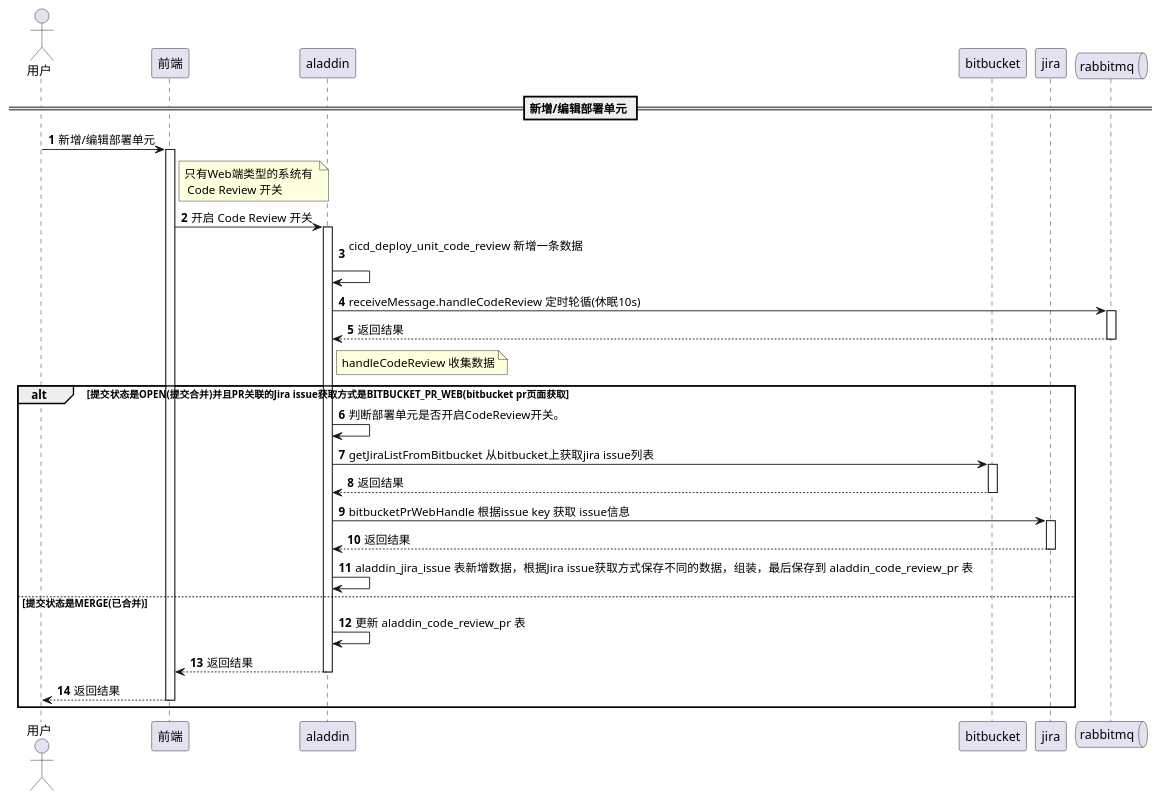
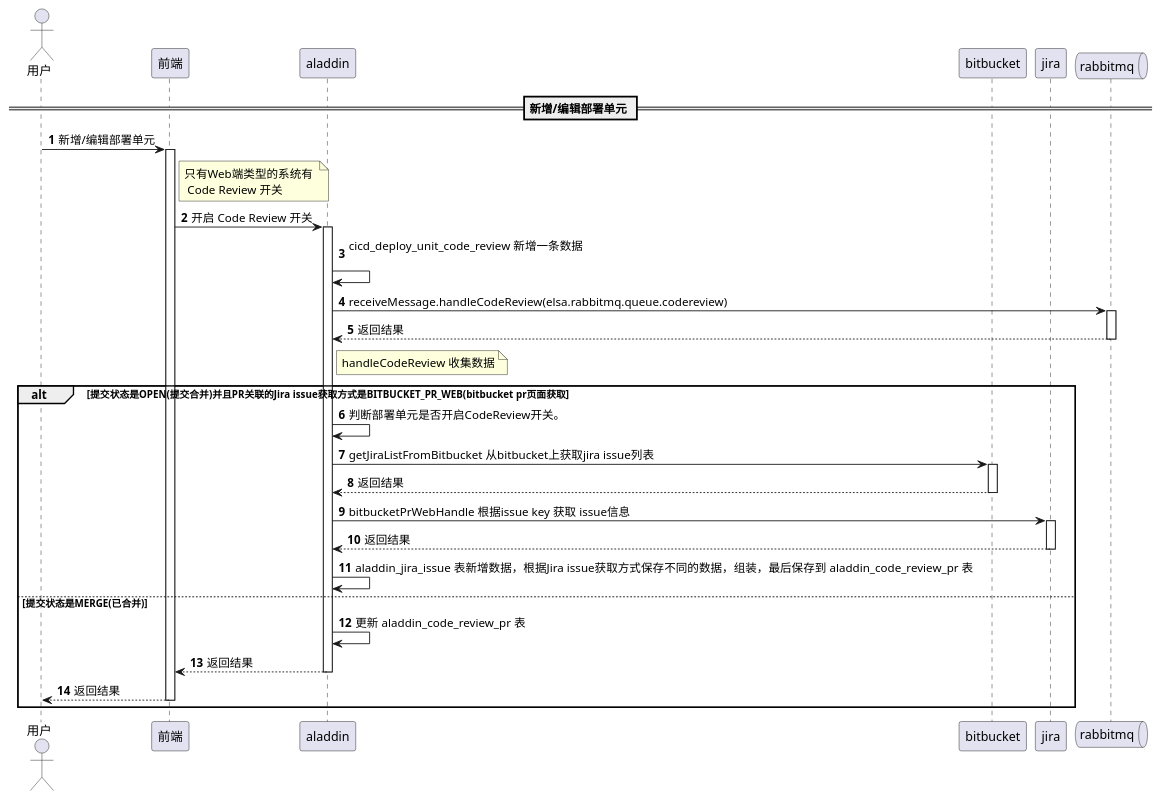
Before and after one commit to zhm-sky/zhmProject: the diagram in src/main/java/com/zhm/plantuml/pr.puml, drawn with PlantUML.

```diff
--- a/src/main/java/com/zhm/plantuml/pr.puml
+++ b/src/main/java/com/zhm/plantuml/pr.puml
@@ -1,67 +1,67 @@
 @startuml
 
 autonumber
 
 actor "用户" as user
 
 participant "前端" as aladdinFront
 
 participant "aladdin" as aladdinServer
 
 participant "bitbucket" as bitbucket
 
 participant "jira" as jira
 
  queue rabbitmq
 
 == 新增/编辑部署单元 ==
 
 user -> aladdinFront: 新增/编辑部署单元
 activate aladdinFront
 
 note right of aladdinFront: 只有Web端类型的系统有 \n Code Review 开关
 
 aladdinFront -> aladdinServer: 开启 Code Review 开关
 activate aladdinServer
 
 aladdinServer -> aladdinServer: cicd_deploy_unit_code_review 新增一条数据 \n
 
-aladdinServer -> rabbitmq: receiveMessage.handleCodeReview 定时轮循(休眠10s)
+aladdinServer -> rabbitmq: receiveMessage.handleCodeReview(elsa.rabbitmq.queue.codereview)
 activate rabbitmq
 
 rabbitmq --> aladdinServer: 返回结果
 deactivate rabbitmq
 
 note right of aladdinServer: handleCodeReview 收集数据
 
 alt 提交状态是OPEN(提交合并)并且PR关联的Jira issue获取方式是BITBUCKET_PR_WEB(bitbucket pr页面获取
 
 aladdinServer -> aladdinServer: 判断部署单元是否开启CodeReview开关。
 
 aladdinServer -> bitbucket: getJiraListFromBitbucket 从bitbucket上获取jira issue列表
 activate bitbucket
 
 bitbucket --> aladdinServer: 返回结果
 deactivate bitbucket
 
 aladdinServer -> jira: bitbucketPrWebHandle 根据issue key 获取 issue信息
 activate jira
 
 jira --> aladdinServer: 返回结果
 deactivate jira
 
 aladdinServer -> aladdinServer: aladdin_jira_issue 表新增数据，根据Jira issue获取方式保存不同的数据，组装，最后保存到 aladdin_code_review_pr 表
 
 else 提交状态是MERGE(已合并)
 
 aladdinServer -> aladdinServer: 更新 aladdin_code_review_pr 表
 
 aladdinServer --> aladdinFront: 返回结果
 deactivate aladdinServer
 
 aladdinFront --> user: 返回结果
 deactivate aladdinFront
 
 end
 
 @enduml
```
